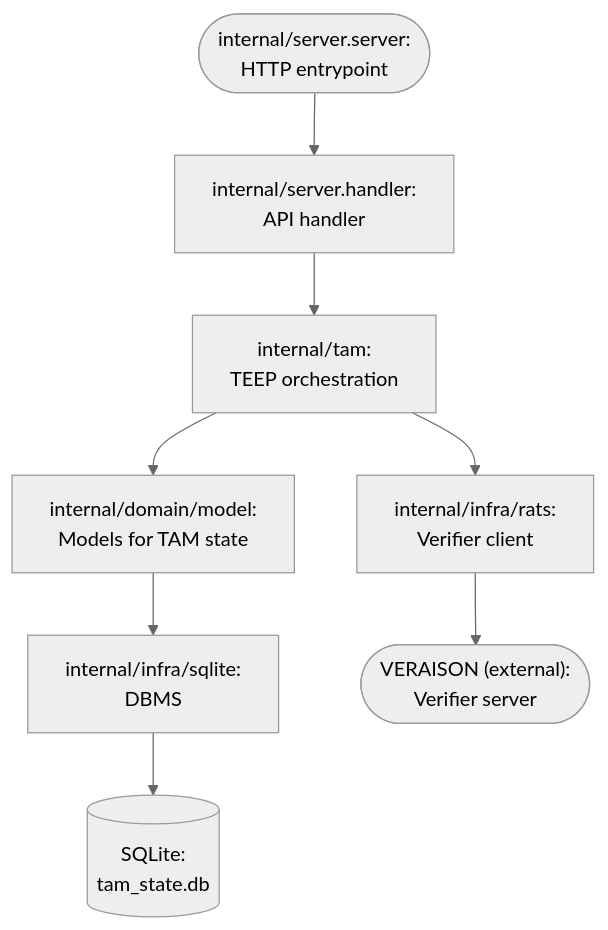
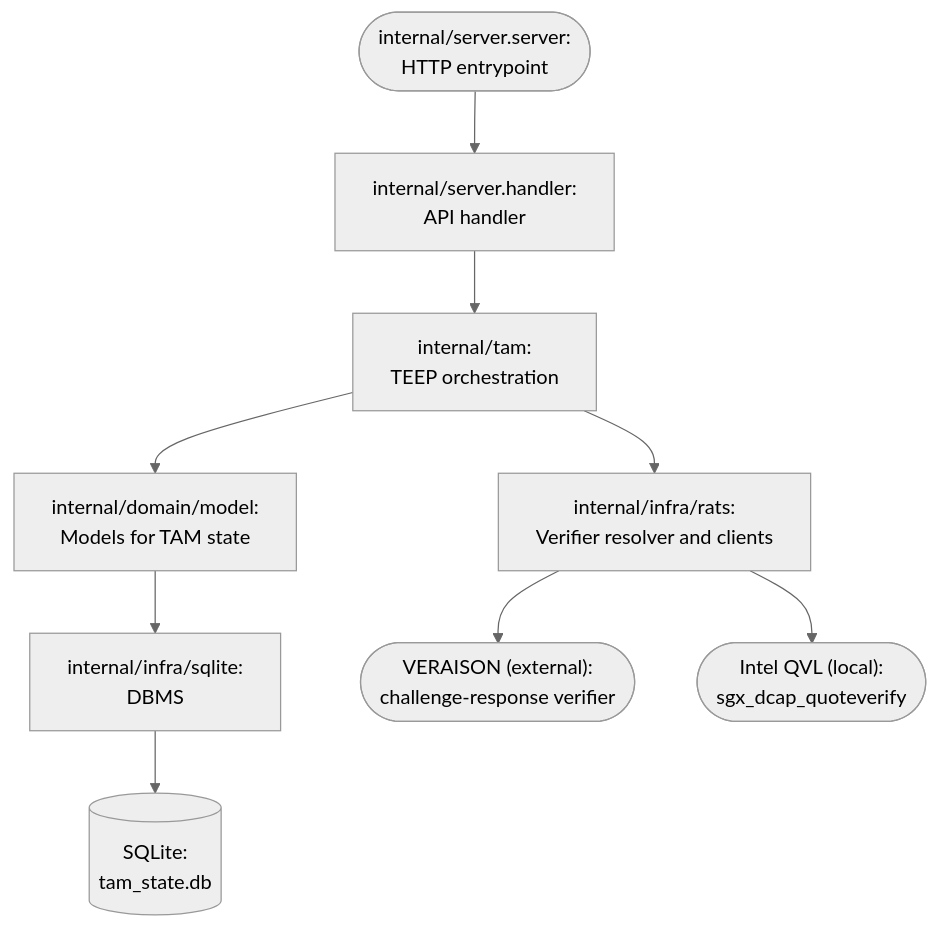
Before and after one commit to kentakayama/AttesTAM: the first of 4 diagrams in doc/INTERNAL_DESIGN.md, drawn with Mermaid (neutral theme). The commit also changed other lines of this file and 6 other files, not shown here.

````diff
--- a/doc/INTERNAL_DESIGN.md
+++ b/doc/INTERNAL_DESIGN.md
@@ -17,11 +17,12 @@
 ```mermaid
 flowchart TD
     B([internal/server.server: <br/>HTTP entrypoint])
     B --> C[internal/server.handler: <br/>API handler]
     C --> D[internal/tam: <br/>TEEP orchestration]
     D --> E[internal/domain/model: <br/>Models for TAM state]
     E --> F[internal/infra/sqlite: <br/>DBMS]
     F --> H[(SQLite: <br/>tam_state.db)]
-    D --> G[internal/infra/rats: <br/>Verifier client]
-    G --> V(["VERAISON (external): <br/>Verifier server"])
+    D --> G[internal/infra/rats: <br/>Verifier resolver and clients]
+    G --> V(["VERAISON (external): <br/>challenge-response verifier"])
+    G --> Q(["Intel QVL (local): <br/>sgx_dcap_quoteverify"])
 ```
````
